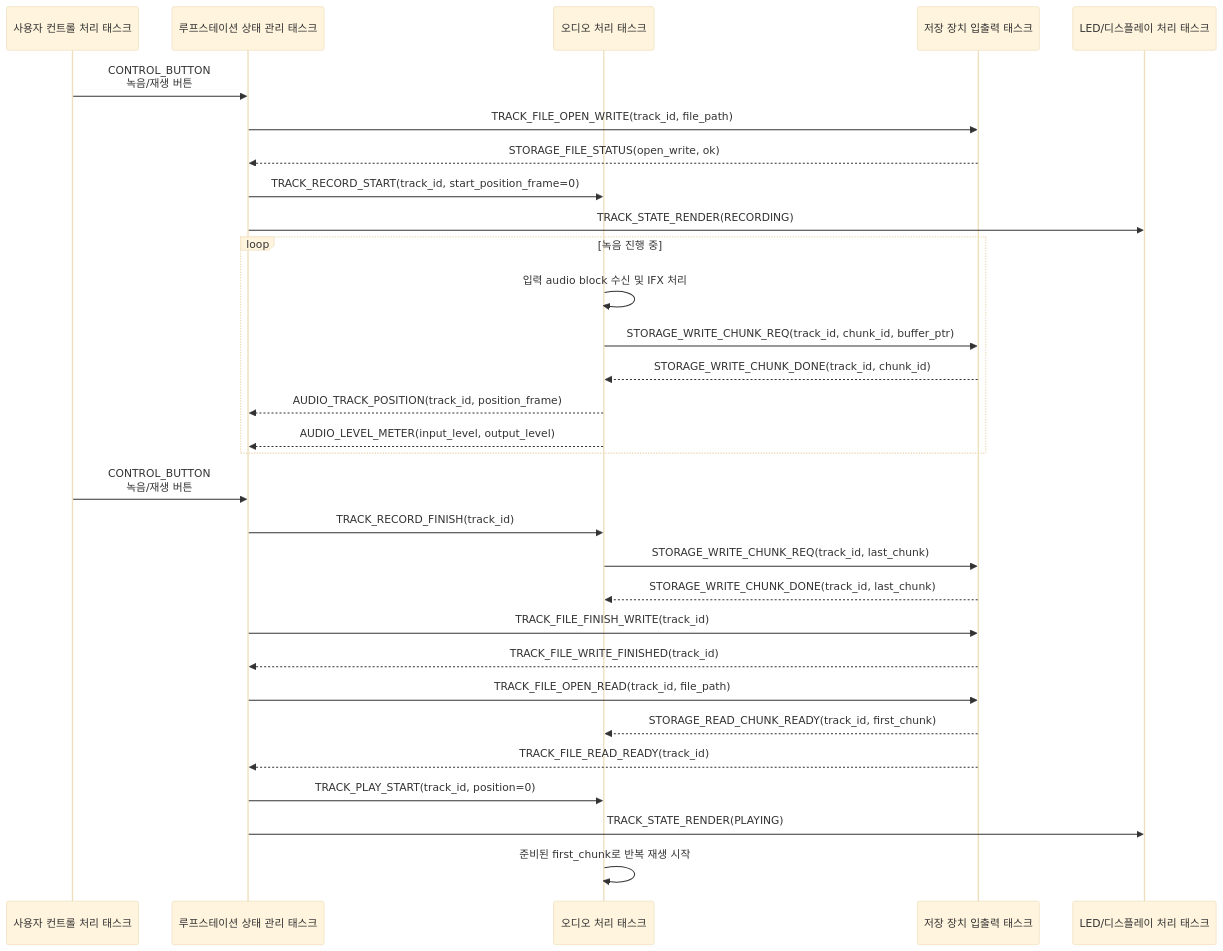
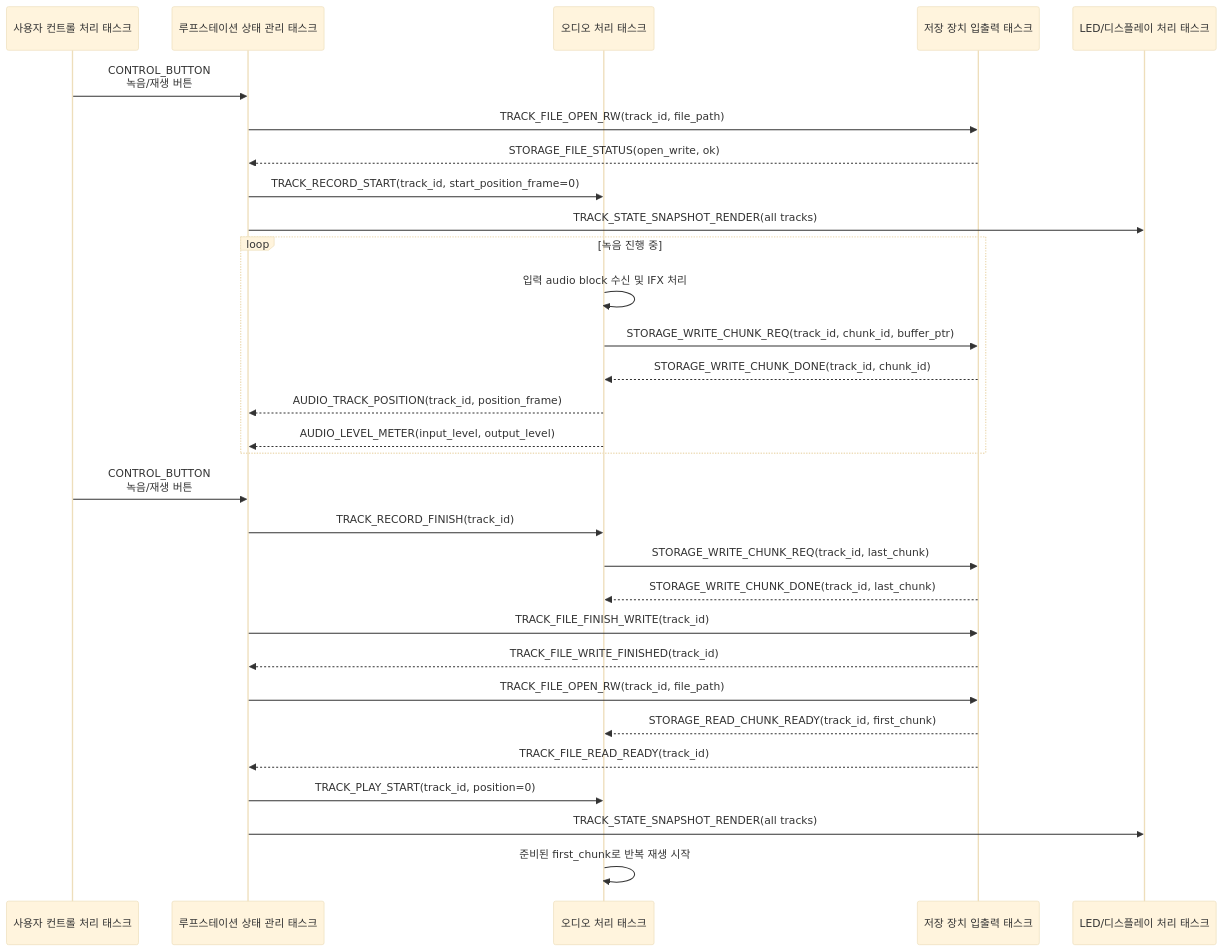
One commit to 10cheon00/rtos-loopstation changed the diagram in docs/storage/record_to_playback_transition_tba.md. Above: the diagram before and after it, drawn with Mermaid (base theme). The commit also changed other lines of this file and 2 other files, not shown here.

````diff
--- a/docs/storage/record_to_playback_transition_tba.md
+++ b/docs/storage/record_to_playback_transition_tba.md
@@ -35,37 +47,37 @@
 ```mermaid
 sequenceDiagram
     participant UI as 사용자 컨트롤 처리 태스크
     participant STATE as 루프스테이션 상태 관리 태스크
     participant AUDIO as 오디오 처리 태스크
     participant STORAGE as 저장 장치 입출력 태스크
     participant DISPLAY as LED/디스플레이 처리 태스크
 
     UI->>STATE: CONTROL_BUTTON<br/>녹음/재생 버튼
-    STATE->>STORAGE: TRACK_FILE_OPEN_WRITE(track_id, file_path)
+    STATE->>STORAGE: TRACK_FILE_OPEN_RW(track_id, file_path)
     STORAGE-->>STATE: STORAGE_FILE_STATUS(open_write, ok)
     STATE->>AUDIO: TRACK_RECORD_START(track_id, start_position_frame=0)
-    STATE->>DISPLAY: TRACK_STATE_RENDER(RECORDING)
+    STATE->>DISPLAY: TRACK_STATE_SNAPSHOT_RENDER(all tracks)
 
     loop 녹음 진행 중
         AUDIO->>AUDIO: 입력 audio block 수신 및 IFX 처리
         AUDIO->>STORAGE: STORAGE_WRITE_CHUNK_REQ(track_id, chunk_id, buffer_ptr)
         STORAGE-->>AUDIO: STORAGE_WRITE_CHUNK_DONE(track_id, chunk_id)
         AUDIO-->>STATE: AUDIO_TRACK_POSITION(track_id, position_frame)
         AUDIO-->>STATE: AUDIO_LEVEL_METER(input_level, output_level)
     end
 
     UI->>STATE: CONTROL_BUTTON<br/>녹음/재생 버튼
     STATE->>AUDIO: TRACK_RECORD_FINISH(track_id)
     AUDIO->>STORAGE: STORAGE_WRITE_CHUNK_REQ(track_id, last_chunk)
     STORAGE-->>AUDIO: STORAGE_WRITE_CHUNK_DONE(track_id, last_chunk)
 
     STATE->>STORAGE: TRACK_FILE_FINISH_WRITE(track_id)
     STORAGE-->>STATE: TRACK_FILE_WRITE_FINISHED(track_id)
-    STATE->>STORAGE: TRACK_FILE_OPEN_READ(track_id, file_path)
+    STATE->>STORAGE: TRACK_FILE_OPEN_RW(track_id, file_path)
     STORAGE-->>AUDIO: STORAGE_READ_CHUNK_READY(track_id, first_chunk)
     STORAGE-->>STATE: TRACK_FILE_READ_READY(track_id)
 
     STATE->>AUDIO: TRACK_PLAY_START(track_id, position=0)
-    STATE->>DISPLAY: TRACK_STATE_RENDER(PLAYING)
+    STATE->>DISPLAY: TRACK_STATE_SNAPSHOT_RENDER(all tracks)
     AUDIO->>AUDIO: 준비된 first_chunk로 반복 재생 시작
 ```
````
